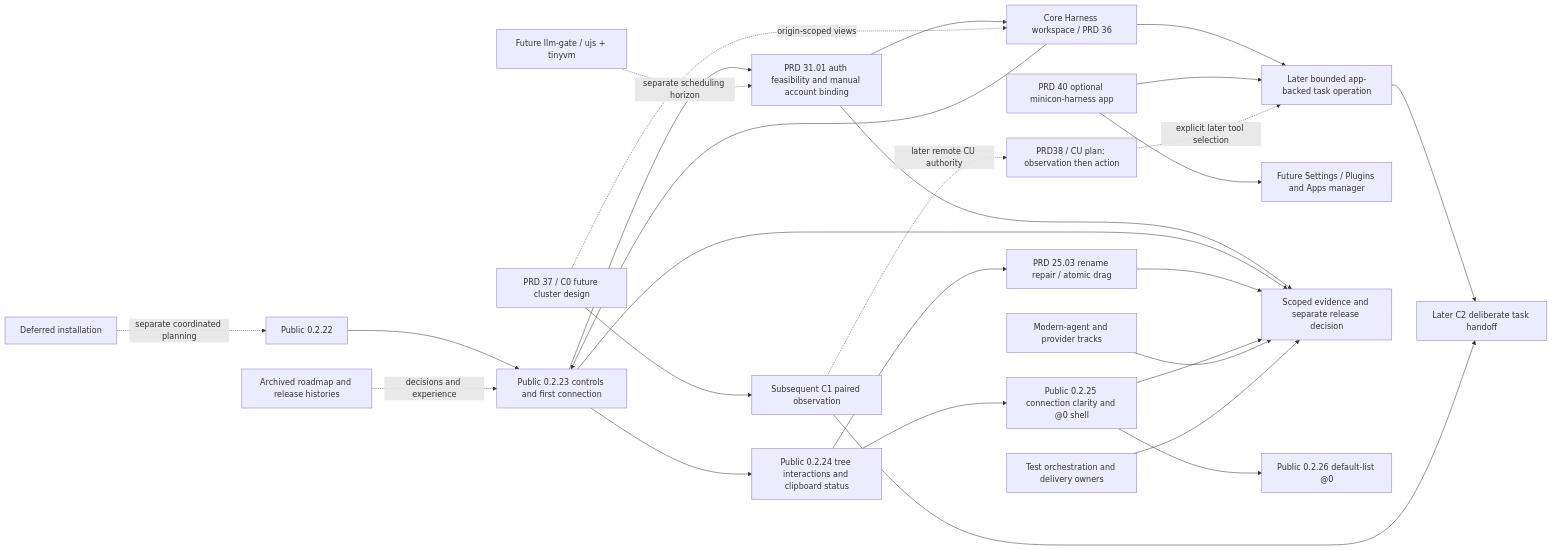
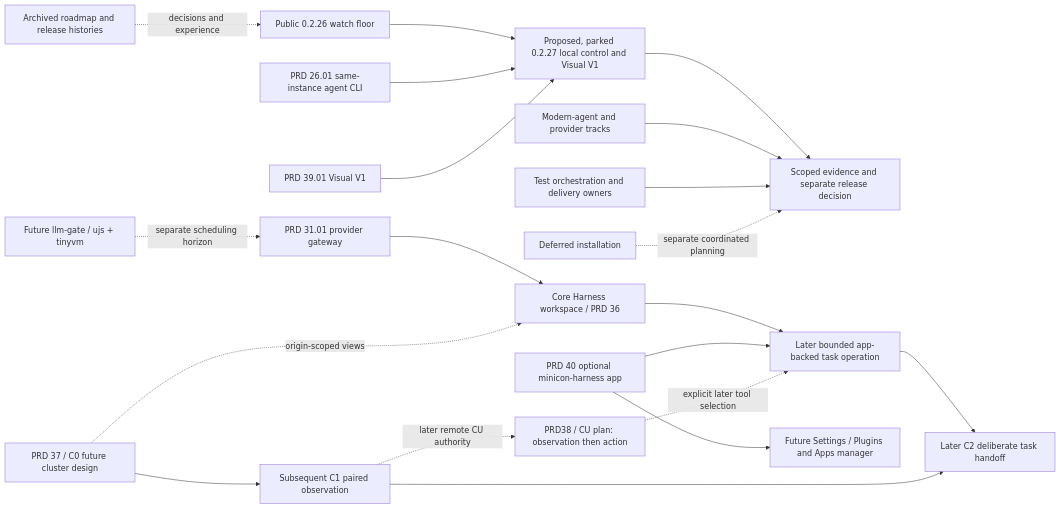
Before and after one commit to partnernetsoftware/minicon: the diagram in plan/plan-v0.2.x-product-roadmap.md, drawn with Mermaid. The commit also changed other lines of this file and 65 other files, not shown here.

````diff
--- a/plan/plan-v0.2.x-product-roadmap.md
+++ b/plan/plan-v0.2.x-product-roadmap.md
@@ -44,29 +38,22 @@
 ```mermaid
 flowchart LR
-    B[Public 0.2.22] --> P[Public 0.2.23 controls and first connection]
-    P --> A[PRD 31.01 auth feasibility and manual account binding]
-    V[Core Harness workspace / PRD 36] --> P
-    A --> V
+    B[Public 0.2.26 watch floor] --> N[Proposed, parked 0.2.27 local control and Visual V1]
+    N --> Q[Scoped evidence and separate release decision]
+    A[PRD 31.01 provider gateway] --> V[Core Harness workspace / PRD 36]
     V --> L[Later bounded app-backed task operation]
     APP[PRD 40 optional minicon-harness app] --> L
     APP --> SET[Future Settings / Plugins and Apps manager]
     CL[PRD 37 / C0 future cluster design] -. origin-scoped views .-> V
     CL --> CP[Subsequent C1 paired observation]
     CU[PRD38 / CU plan: observation then action] -. explicit later tool selection .-> L
     CP -. later remote CU authority .-> CU
     L --> CT[Later C2 deliberate task handoff]
     CP --> CT
-    A --> Q
     F[Future llm-gate / ujs + tinyvm] -. separate scheduling horizon .-> A
-    P --> Q[Scoped evidence and separate release decision]
-    P --> NEXT[Public 0.2.24 tree interactions and clipboard status]
-    NEXT --> TREE[PRD 25.03 rename repair / atomic drag]
-    TREE --> Q
-    NEXT --> V25[Public 0.2.25 connection clarity and @0 shell]
-    V25 --> Q
-    V25 --> V26[Public 0.2.26 default-list @0]
+    CLI[PRD 26.01 same-instance agent CLI] --> N
+    HOME[PRD 39.01 Visual V1] --> N
     T[Modern-agent and provider tracks] --> Q
     O[Test orchestration and delivery owners] --> Q
-    H[Archived roadmap and release histories] -. decisions and experience .-> P
-    I[Deferred installation] -. separate coordinated planning .-> B
+    H[Archived roadmap and release histories] -. decisions and experience .-> B
+    I[Deferred installation] -. separate coordinated planning .-> Q
 ```
````
